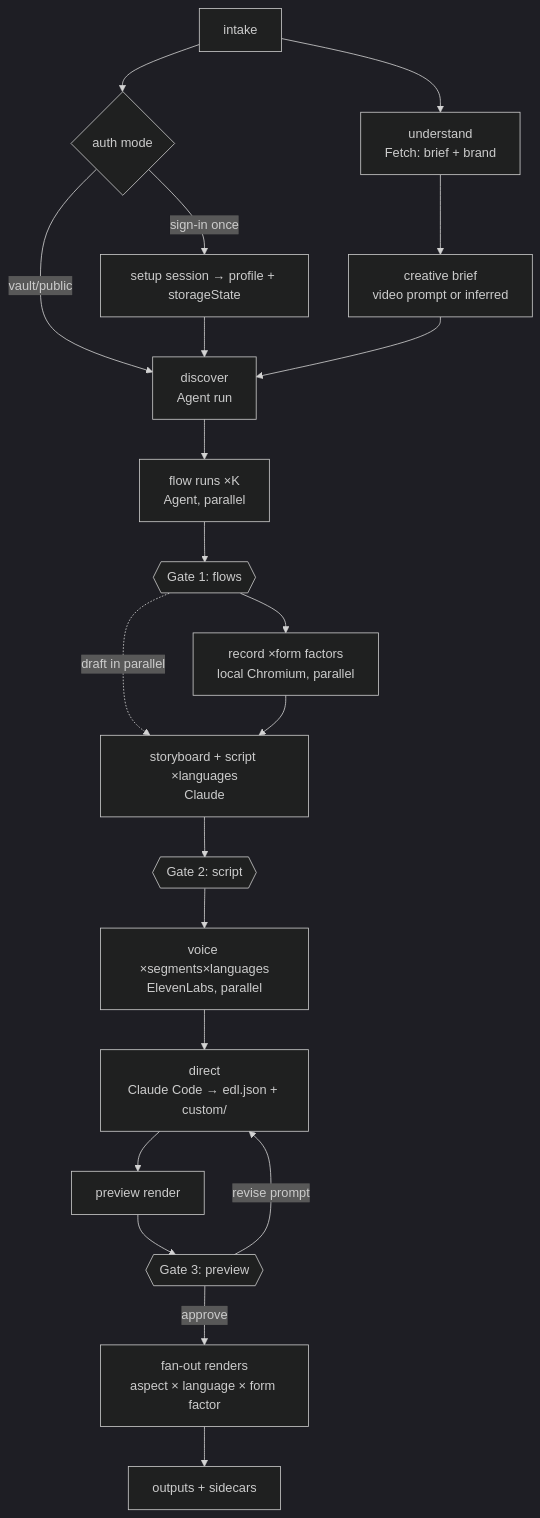
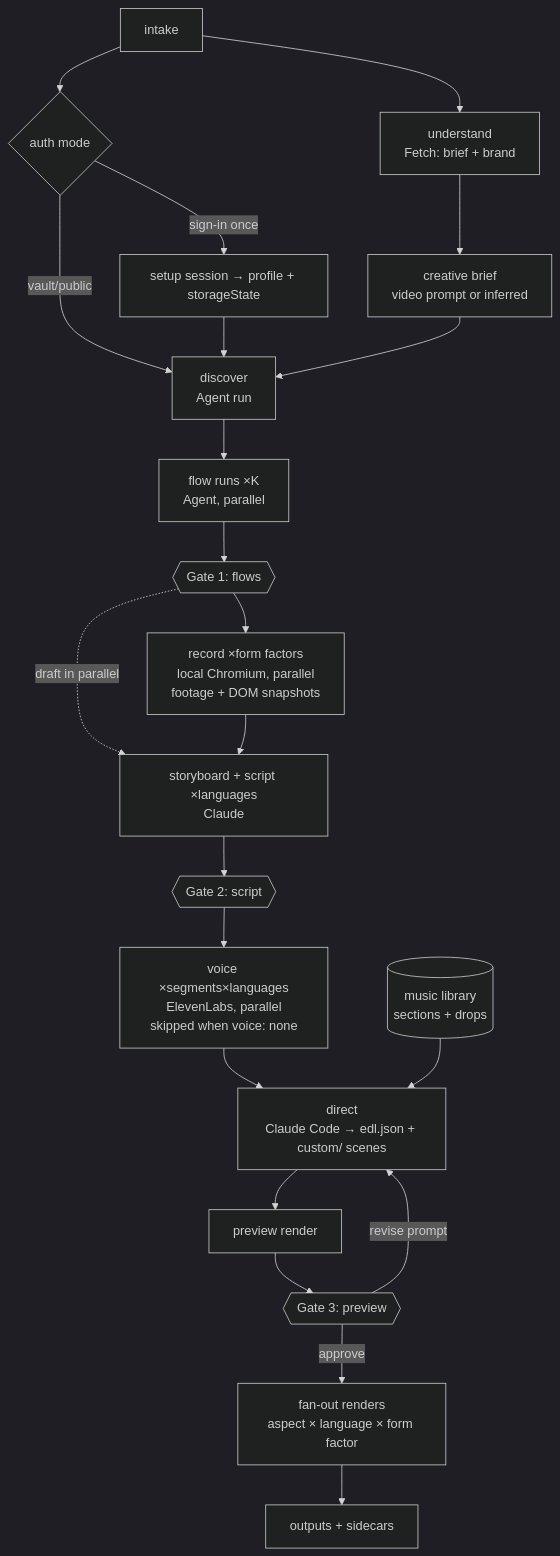
One commit to SunjeetKajla/agentcast changed the second of 2 diagrams in PRD.md. Above: the diagram before and after it, drawn with Mermaid (dark theme). The commit also changed other lines of this file, not shown here.

````diff
--- a/PRD.md
+++ b/PRD.md
@@ -388,23 +400,24 @@
 ```mermaid
 flowchart TD
   I[intake] --> U[understand<br/>Fetch: brief + brand]
   U --> CB[creative brief<br/>video prompt or inferred]
   I --> AUTH{auth mode}
   AUTH -->|sign-in once| SI[setup session → profile + storageState]
   AUTH -->|vault/public| D
   SI --> D[discover<br/>Agent run]
   CB --> D
   D --> FR[flow runs ×K<br/>Agent, parallel]
   FR --> G1{{Gate 1: flows}}
-  G1 --> R[record ×form factors<br/>local Chromium, parallel]
+  G1 --> R[record ×form factors<br/>local Chromium, parallel<br/>footage + DOM snapshots]
   G1 -.draft in parallel.-> S
   R --> S[storyboard + script ×languages<br/>Claude]
   S --> G2{{Gate 2: script}}
-  G2 --> V[voice ×segments×languages<br/>ElevenLabs, parallel]
-  V --> DR[direct<br/>Claude Code → edl.json + custom/]
+  G2 --> V[voice ×segments×languages<br/>ElevenLabs, parallel<br/>skipped when voice: none]
+  V --> DR[direct<br/>Claude Code → edl.json + custom/ scenes]
+  M[(music library<br/>sections + drops)] --> DR
   DR --> P[preview render]
   P --> G3{{Gate 3: preview}}
   G3 -->|revise prompt| DR
   G3 -->|approve| F[fan-out renders<br/>aspect × language × form factor]
   F --> OUT[outputs + sidecars]
 ```
````
